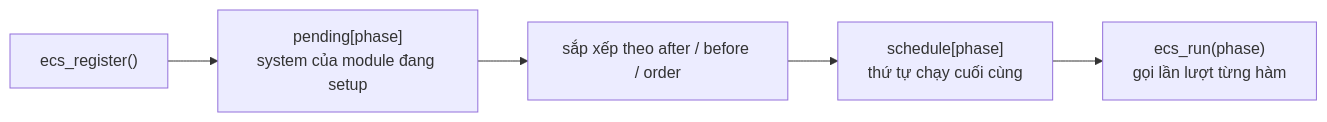
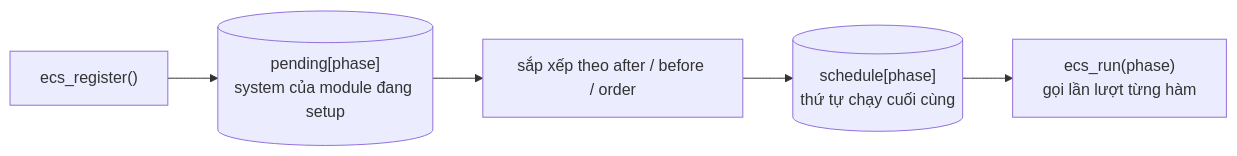
One commit to tptindev/njin changed the diagram in docs/pages/architecture.md. Above: the diagram before and after it, drawn with Mermaid. The commit also changed other lines of this file and 5 other files, not shown here.

First line of the commit message:
Colour the wiki diagrams and follow the page's light/dark mode

````diff
--- a/docs/pages/architecture.md
+++ b/docs/pages/architecture.md
@@ -56,7 +55,7 @@
 ```mermaid
 flowchart LR
-  A["ecs_register()"] --> B["pending[phase]<br/>system của module đang setup"]
-  B --> C["sắp xếp theo after / before / order"]
-  C --> D["schedule[phase]<br/>thứ tự chạy cuối cùng"]
-  D --> E["ecs_run(phase)<br/>gọi lần lượt từng hàm"]
+  A["ecs_register()"]:::api --> B[("pending[phase]<br/>system của module đang setup")]:::data
+  B --> C["sắp xếp theo after / before / order"]:::engine
+  C --> D[("schedule[phase]<br/>thứ tự chạy cuối cùng")]:::data
+  D --> E["ecs_run(phase)<br/>gọi lần lượt từng hàm"]:::update
 ```
````
